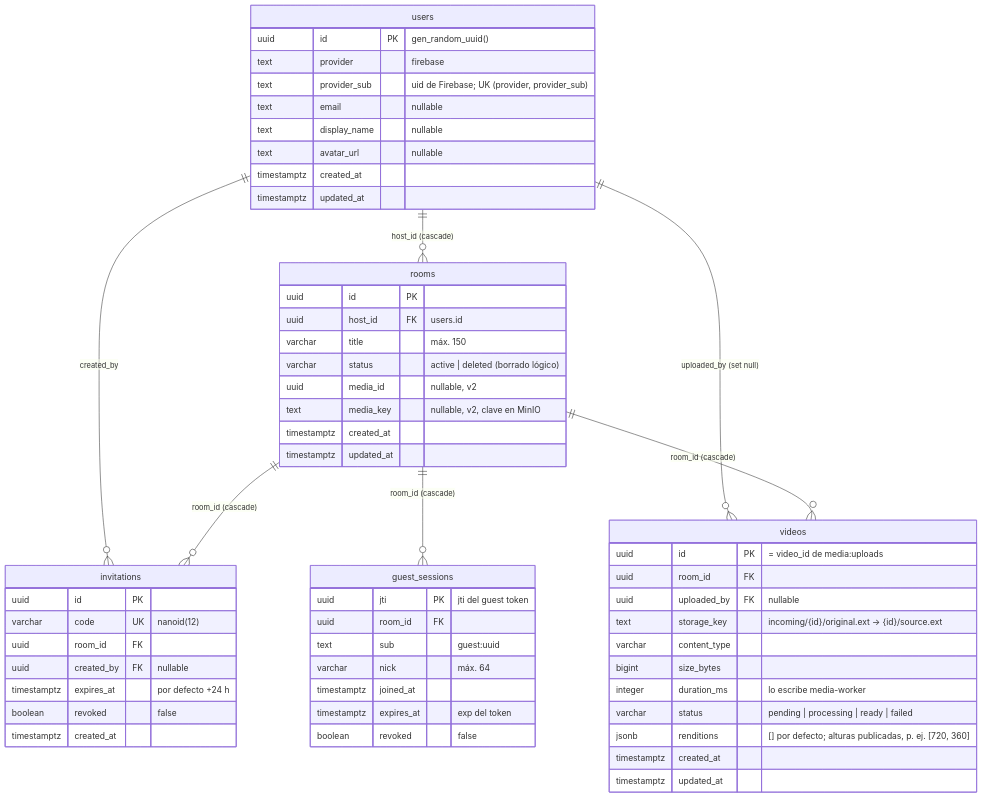
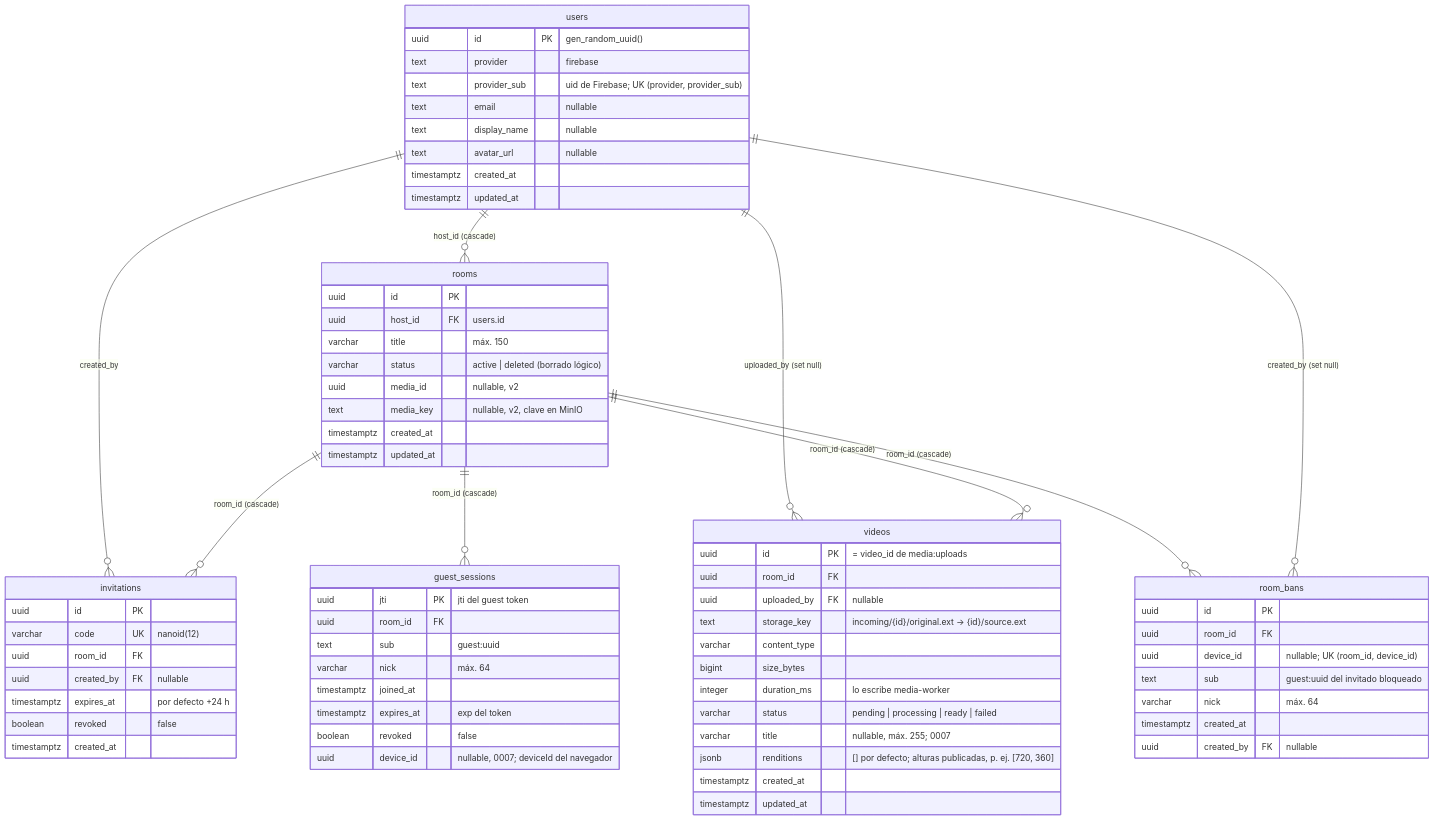
The second of 10 diagrams in docs/usuarios-e-identidad.md (N1ghtlyC0de/TINT), drawn with Mermaid before and after one commit. The commit also changed other lines of this file and 5 other files, not shown here.

````diff
--- a/docs/usuarios-e-identidad.md
+++ b/docs/usuarios-e-identidad.md
@@ -77,61 +80,74 @@
 ```mermaid
 erDiagram
     users ||--o{ rooms : "host_id (cascade)"
     users ||--o{ invitations : "created_by"
     users ||--o{ videos : "uploaded_by (set null)"
     rooms ||--o{ invitations : "room_id (cascade)"
     rooms ||--o{ guest_sessions : "room_id (cascade)"
     rooms ||--o{ videos : "room_id (cascade)"
+    rooms ||--o{ room_bans : "room_id (cascade)"
+    users ||--o{ room_bans : "created_by (set null)"
 
     users {
         uuid id PK "gen_random_uuid()"
         text provider "firebase"
         text provider_sub "uid de Firebase; UK (provider, provider_sub)"
         text email "nullable"
         text display_name "nullable"
         text avatar_url "nullable"
         timestamptz created_at
         timestamptz updated_at
     }
     rooms {
         uuid id PK
         uuid host_id FK "users.id"
         varchar title "máx. 150"
         varchar status "active | deleted (borrado lógico)"
         uuid media_id "nullable, v2"
         text media_key "nullable, v2, clave en MinIO"
         timestamptz created_at
         timestamptz updated_at
     }
     invitations {
         uuid id PK
         varchar code UK "nanoid(12)"
         uuid room_id FK
         uuid created_by FK "nullable"
         timestamptz expires_at "por defecto +24 h"
         boolean revoked "false"
         timestamptz created_at
     }
     guest_sessions {
         uuid jti PK "jti del guest token"
         uuid room_id FK
         text sub "guest:uuid"
         varchar nick "máx. 64"
         timestamptz joined_at
         timestamptz expires_at "exp del token"
         boolean revoked "false"
+        uuid device_id "nullable, 0007; deviceId del navegador"
+    }
+    room_bans {
+        uuid id PK
+        uuid room_id FK
+        uuid device_id "nullable; UK (room_id, device_id)"
+        text sub "guest:uuid del invitado bloqueado"
+        varchar nick "máx. 64"
+        timestamptz created_at
+        uuid created_by FK "nullable"
     }
     videos {
         uuid id PK "= video_id de media:uploads"
         uuid room_id FK
         uuid uploaded_by FK "nullable"
         text storage_key "incoming/{id}/original.ext → {id}/source.ext"
         varchar content_type
         bigint size_bytes
         integer duration_ms "lo escribe media-worker"
         varchar status "pending | processing | ready | failed"
+        varchar title "nullable, máx. 255; 0007"
         jsonb renditions "[] por defecto; alturas publicadas, p. ej. [720, 360]"
         timestamptz created_at
         timestamptz updated_at
     }
 ```
````
